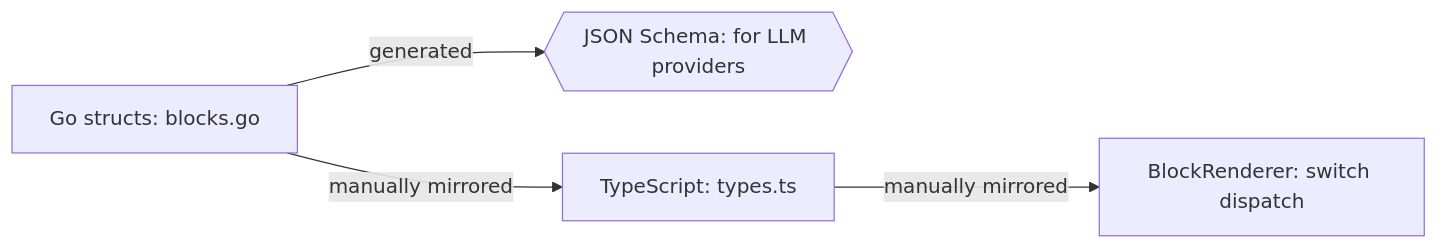
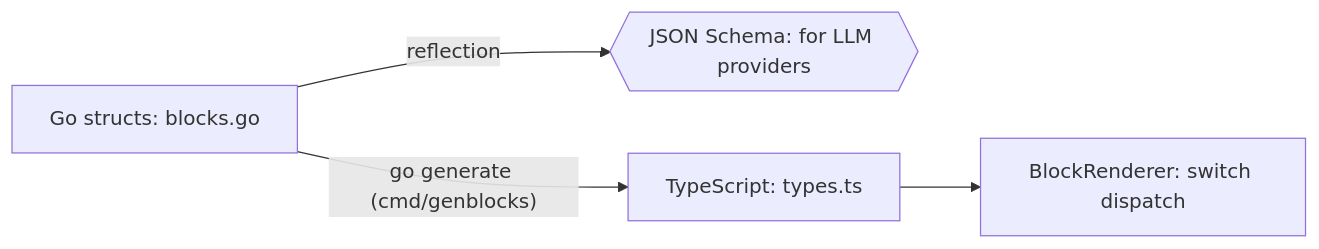
Before and after one commit to labstack/fanout: the second of 3 diagrams in docs/ARCHITECTURE.md, drawn with Mermaid. The commit also changed other lines of this file and 13 other files, not shown here.

First line of the commit message:
fix: harden error handling across orchestrator, schema gen, and client

````diff
--- a/docs/ARCHITECTURE.md
+++ b/docs/ARCHITECTURE.md
@@ -121,6 +117,6 @@
 ```mermaid
 graph LR
-    G[Go structs: blocks.go] -- generated --> S{{JSON Schema: for LLM providers}}
-    G -- manually mirrored --> T[TypeScript: types.ts]
-    T -- manually mirrored --> B[BlockRenderer: switch dispatch]
+    G[Go structs: blocks.go] -- reflection --> S{{JSON Schema: for LLM providers}}
+    G -- "go generate (cmd/genblocks)" --> T[TypeScript: types.ts]
+    T --> B[BlockRenderer: switch dispatch]
 ```
````
